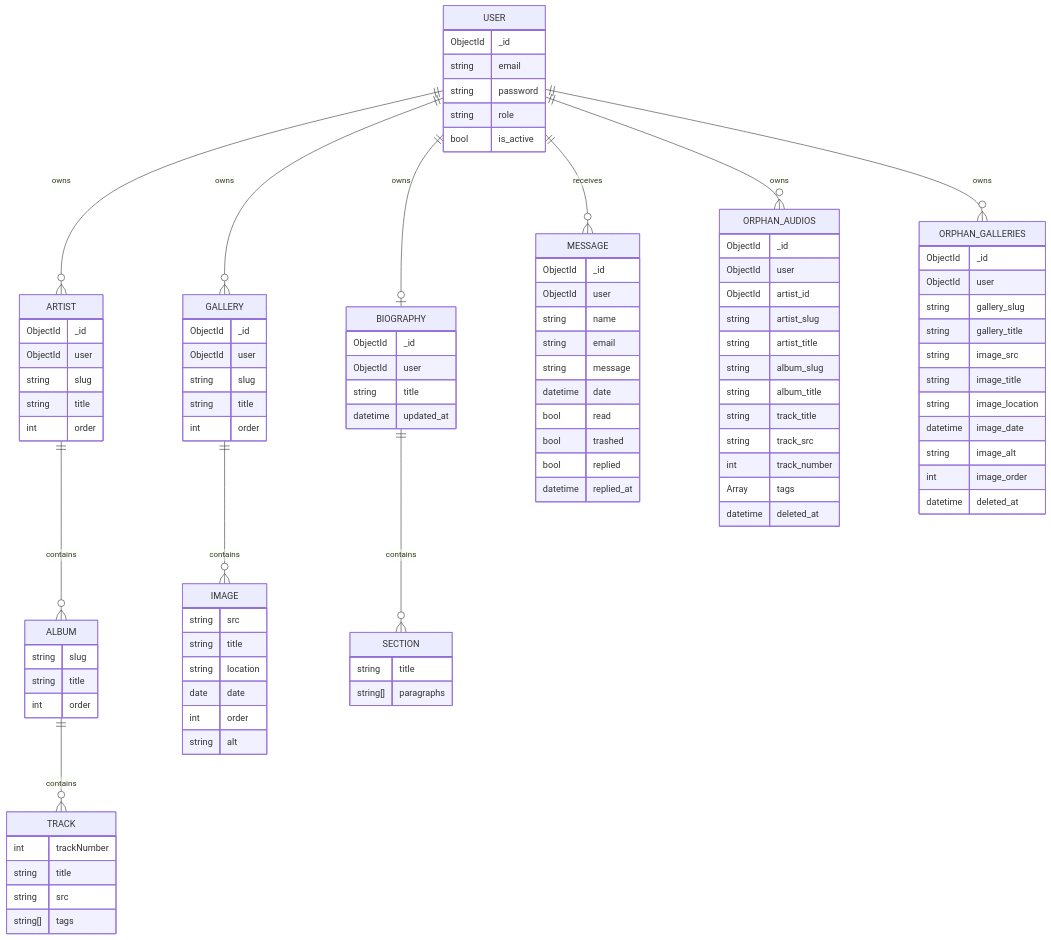
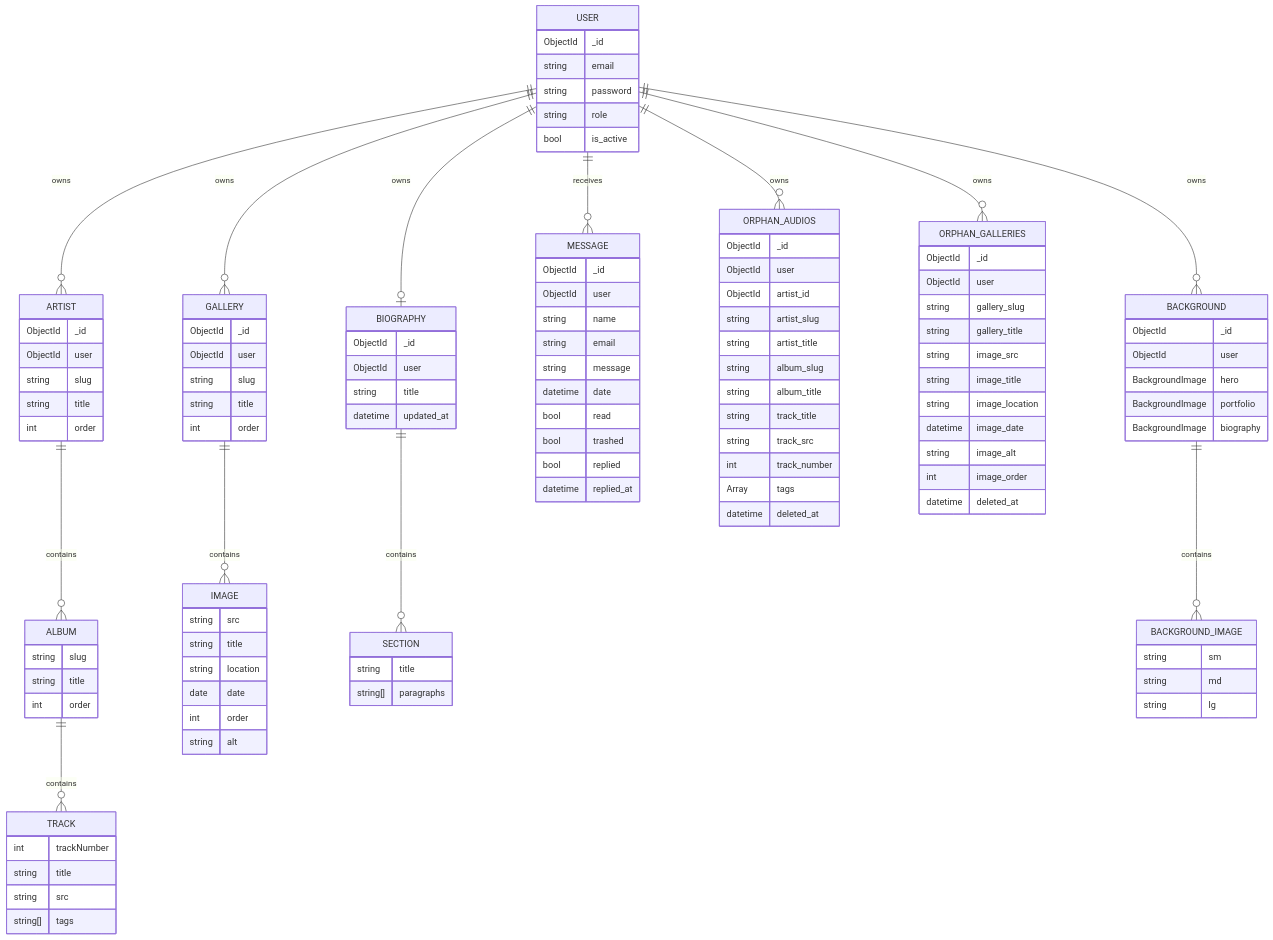
One commit to hakamir/Portfolio-Block-3 changed the fourth of 8 diagrams in README.md. Above: the diagram before and after it, drawn with Mermaid. The commit also changed other lines of this file and 25 other files, not shown here.

````diff
--- a/README.md
+++ b/README.md
@@ -272,15 +274,29 @@
         int image_order
         datetime deleted_at
     }
+    BACKGROUND {
+        ObjectId _id
+        ObjectId user
+        BackgroundImage hero
+        BackgroundImage portfolio
+        BackgroundImage biography
+    }
+    BACKGROUND_IMAGE {
+        string sm
+        string md
+        string lg
+    }
 
     ARTIST ||--o{ ALBUM: contains
     ALBUM ||--o{ TRACK: contains
     GALLERY ||--o{ IMAGE: contains
     BIOGRAPHY ||--o{ SECTION: contains
+    BACKGROUND ||--o{ BACKGROUND_IMAGE: contains
     USER ||--o| BIOGRAPHY: owns
     USER ||--o{ ARTIST: owns
     USER ||--o{ GALLERY: owns
     USER ||--o{ MESSAGE: receives
     USER ||--o{ ORPHAN_AUDIOS: owns
     USER ||--o{ ORPHAN_GALLERIES: owns
+    USER ||--o{ BACKGROUND: owns
 ```
````
